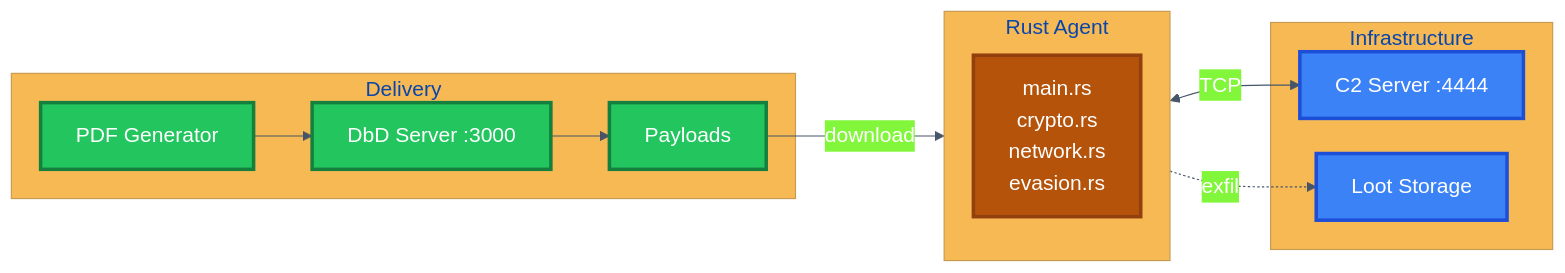
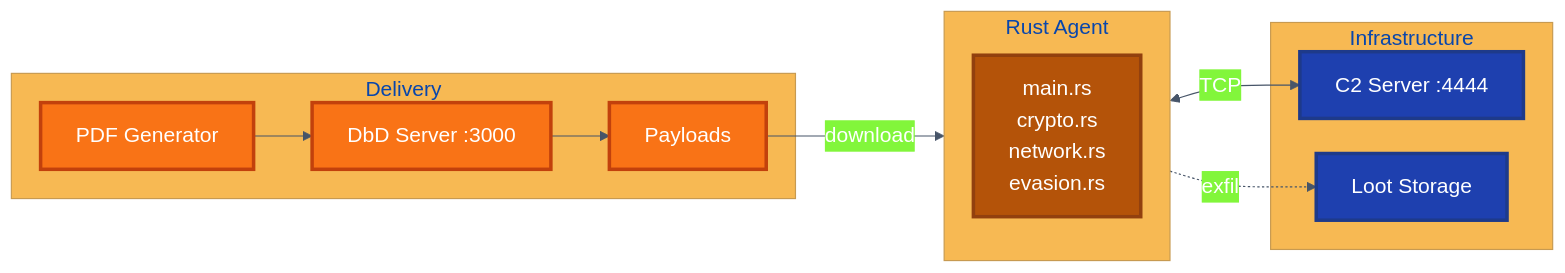
The diagram in presentation/diagrams/08_projektstruktur.mmd (TimBLukas/rust-mw), drawn with Mermaid before and after one commit. The commit also changed 6 other files, not shown here.

```diff
--- a/presentation/diagrams/08_projektstruktur.mmd
+++ b/presentation/diagrams/08_projektstruktur.mmd
@@ -1,30 +1,30 @@
 %%{init: {'theme': 'base', 'themeVariables': { 'primaryColor': '#3b82f6', 'primaryTextColor': '#ffffff', 'primaryBorderColor': '#1e40af', 'lineColor': '#475569', 'fontSize': '18px'}, 'flowchart': {'nodeSpacing': 30, 'rankSpacing': 50}}}%%
 
 flowchart LR
     subgraph DELIVERY["Delivery"]
         PDF["PDF Generator"]
         DBD["DbD Server :3000"]
         PAY["Payloads"]
     end
 
     subgraph AGENT["Rust Agent"]
         RUST["main.rs\ncrypto.rs\nnetwork.rs\nevasion.rs"]
     end
 
     subgraph INFRA["Infrastructure"]
         C2["C2 Server :4444"]
         LOOT["Loot Storage"]
     end
 
     PDF --> DBD --> PAY
     PAY -->|"download"| AGENT
     AGENT <-->|"TCP"| C2
     AGENT -.->|"exfil"| LOOT
 
-    classDef delivery fill:#22c55e,stroke:#15803d,color:#fff,stroke-width:3px
+    classDef delivery fill:#f97316,stroke:#c2410c,color:#fff,stroke-width:3px
     classDef rust fill:#b45309,stroke:#92400e,color:#fff,stroke-width:3px
-    classDef infra fill:#3b82f6,stroke:#1d4ed8,color:#fff,stroke-width:3px
+    classDef infra fill:#1e40af,stroke:#1e3a8a,color:#fff,stroke-width:3px
 
     class PDF,DBD,PAY delivery
     class RUST rust
     class C2,LOOT infra
```
